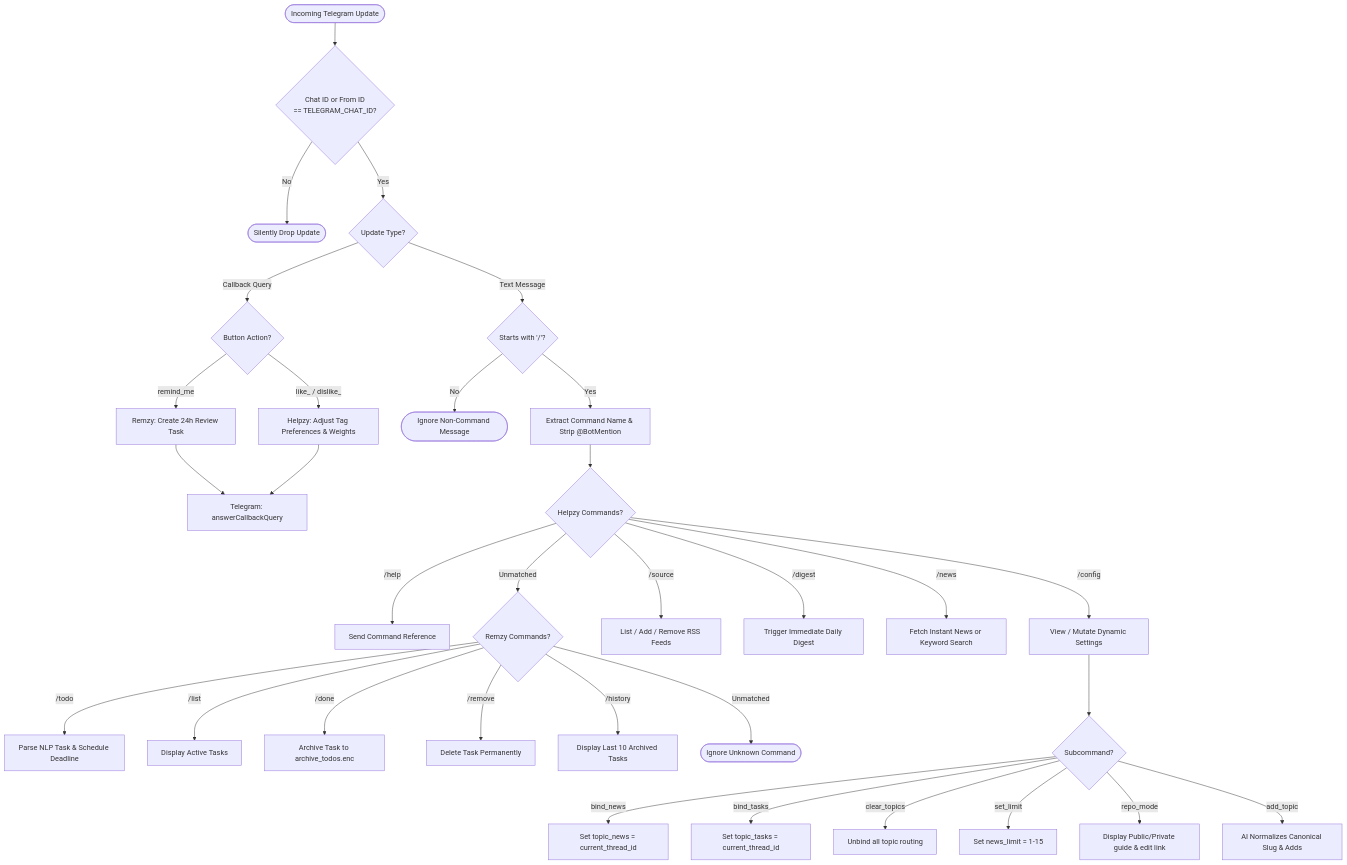
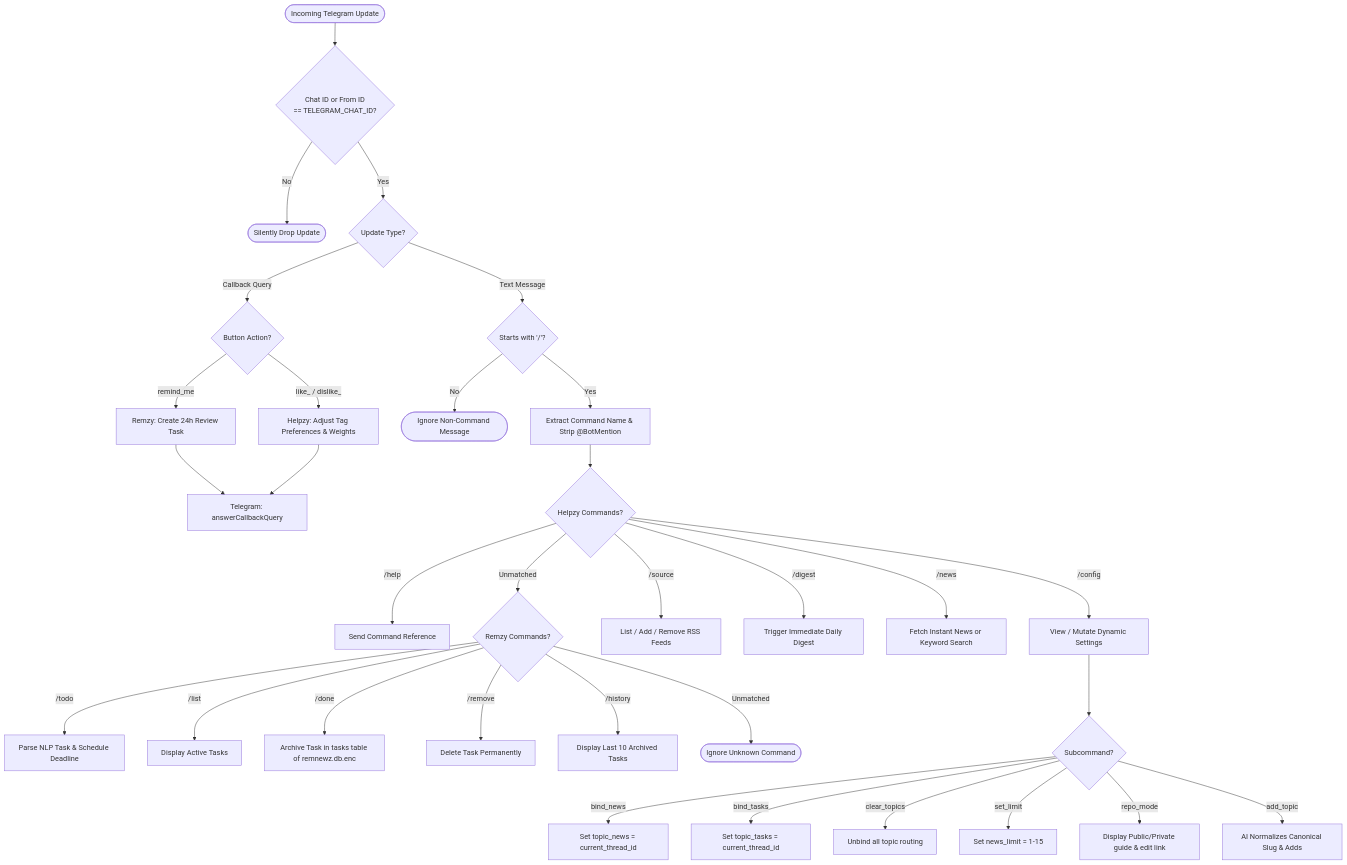
The fifth of 7 diagrams in Project Docs/structures.md (joydeepd900/RemNewz), drawn with Mermaid before and after one commit. The commit also changed other lines of this file and 4 other files, not shown here.

````diff
--- a/Project Docs/structures.md
+++ b/Project Docs/structures.md
@@ -252,40 +252,40 @@
 ```mermaid
 flowchart TD
     START([Incoming Telegram Update]) --> AUTH{Chat ID or From ID<br/>== TELEGRAM_CHAT_ID?}
     AUTH -- No --> DROP([Silently Drop Update])
     AUTH -- Yes --> MSG_TYPE{Update Type?}
 
     MSG_TYPE -- Callback Query --> CB_ROUTER{Button Action?}
     CB_ROUTER -- remind_me --> CB_REMIND[Remzy: Create 24h Review Task]
     CB_ROUTER -- like_ / dislike_ --> CB_FEEDBACK[Helpzy: Adjust Tag Preferences & Weights]
     CB_REMIND --> ANS_CB[Telegram: answerCallbackQuery]
     CB_FEEDBACK --> ANS_CB
 
     MSG_TYPE -- Text Message --> CMD_CHECK{Starts with '/'?}
     CMD_CHECK -- No --> IGNORE([Ignore Non-Command Message])
     CMD_CHECK -- Yes --> NORMALIZE[Extract Command Name & Strip @BotMention]
 
     NORMALIZE --> SCOPE_HELPZY{Helpzy Commands?}
     SCOPE_HELPZY -- "/help" --> H_HELP[Send Command Reference]
     SCOPE_HELPZY -- "/config" --> H_CONFIG[View / Mutate Dynamic Settings]
     SCOPE_HELPZY -- "/source" --> H_SOURCE[List / Add / Remove RSS Feeds]
     SCOPE_HELPZY -- "/digest" --> H_DIGEST[Trigger Immediate Daily Digest]
     SCOPE_HELPZY -- "/news" --> H_NEWS[Fetch Instant News or Keyword Search]
 
     SCOPE_HELPZY -- Unmatched --> SCOPE_REMZY{Remzy Commands?}
     SCOPE_REMZY -- "/todo" --> R_TODO[Parse NLP Task & Schedule Deadline]
     SCOPE_REMZY -- "/list" --> R_LIST[Display Active Tasks]
-    SCOPE_REMZY -- "/done" --> R_DONE[Archive Task to archive_todos.enc]
+    SCOPE_REMZY -- "/done" --> R_DONE[Archive Task in tasks table of remnewz.db.enc]
     SCOPE_REMZY -- "/remove" --> R_REMOVE[Delete Task Permanently]
     SCOPE_REMZY -- "/history" --> R_HIST[Display Last 10 Archived Tasks]
 
     SCOPE_REMZY -- Unmatched --> UNKNOWN([Ignore Unknown Command])
 
     H_CONFIG --> TOPIC_ROUTING{Subcommand?}
     TOPIC_ROUTING -- "bind_news" --> BIND_N[Set topic_news = current_thread_id]
     TOPIC_ROUTING -- "bind_tasks" --> BIND_T[Set topic_tasks = current_thread_id]
     TOPIC_ROUTING -- "clear_topics" --> CLEAR_T[Unbind all topic routing]
     TOPIC_ROUTING -- "set_limit" --> LIMIT[Set news_limit = 1-15]
     TOPIC_ROUTING -- "repo_mode" --> REPO_M[Display Public/Private guide & edit link]
     TOPIC_ROUTING -- "add_topic" --> ADD_T[AI Normalizes Canonical Slug & Adds]
 ```
````
